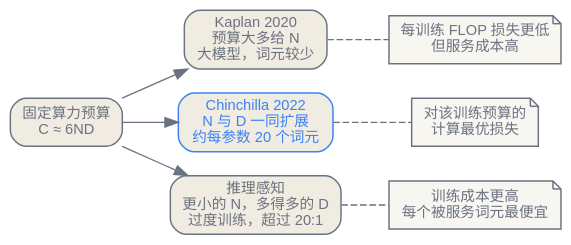
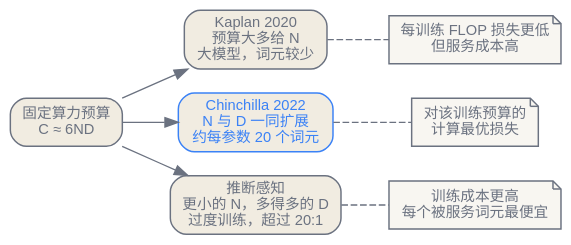
Before and after one commit to latere-ai/ai-as-an-infrastructure: the first of 2 diagrams in zh/foundations/01-scaling-laws.qmd, drawn with Graphviz. The commit also changed other lines of this file and 128 other files, not shown here.

````diff
--- a/zh/foundations/01-scaling-laws.qmd
+++ b/zh/foundations/01-scaling-laws.qmd
@@ -31,28 +31,28 @@
 ```{dot}
 //| label: fig-scaling-allocation
-//| fig-cap: "一笔固定的训练算力预算 C 约为 6ND 在三种规模选定法则下如何分配为参数 N 与词元 D。据 Kaplan 等（2020）、Hoffmann 等（2022）与推理感知的扩展。"
+//| fig-cap: "一笔固定的训练算力预算 C 约为 6ND 在三种规模选定法则下如何分配为参数 N 与词元 D。据 Kaplan 等（2020）、Hoffmann 等（2022）与推断感知的扩展。"
 digraph allocation {
   rankdir=LR;
   bgcolor="transparent";
   node [shape=box, style="rounded,filled", fontname="Helvetica", fontsize=11, color="#6b7280", fontcolor="#6b7280", fillcolor="#f1ece1", penwidth=1.1];
   edge [fontname="Helvetica", fontsize=10, color="#6b7280", fontcolor="#6b7280"];
 
   budget [label="固定算力预算\nC ≈ 6ND"];
 
   kaplan [label="Kaplan 2020\n预算大多给 N\n大模型，词元较少"];
   chin [label="Chinchilla 2022\nN 与 D 一同扩展\n约每参数 20 个词元", color="#3b82f6", fontcolor="#3b82f6"];
-  infer [label="推理感知\n更小的 N，多得多的 D\n过度训练，超过 20:1"];
+  infer [label="推断感知\n更小的 N，多得多的 D\n过度训练，超过 20:1"];
 
   budget -> kaplan;
   budget -> chin;
   budget -> infer;
 
   kaplan -> k_out [arrowhead=none, style=dashed];
   chin -> c_out [arrowhead=none, style=dashed];
   infer -> i_out [arrowhead=none, style=dashed];
 
   k_out [shape=note, style=filled, fillcolor="#f8f6f1", label="每训练 FLOP 损失更低\n但服务成本高"];
   c_out [shape=note, style=filled, fillcolor="#f8f6f1", label="对该训练预算的\n计算最优损失"];
   i_out [shape=note, style=filled, fillcolor="#f8f6f1", label="训练成本更高\n每个被服务词元最便宜"];
 }
 ```
````
